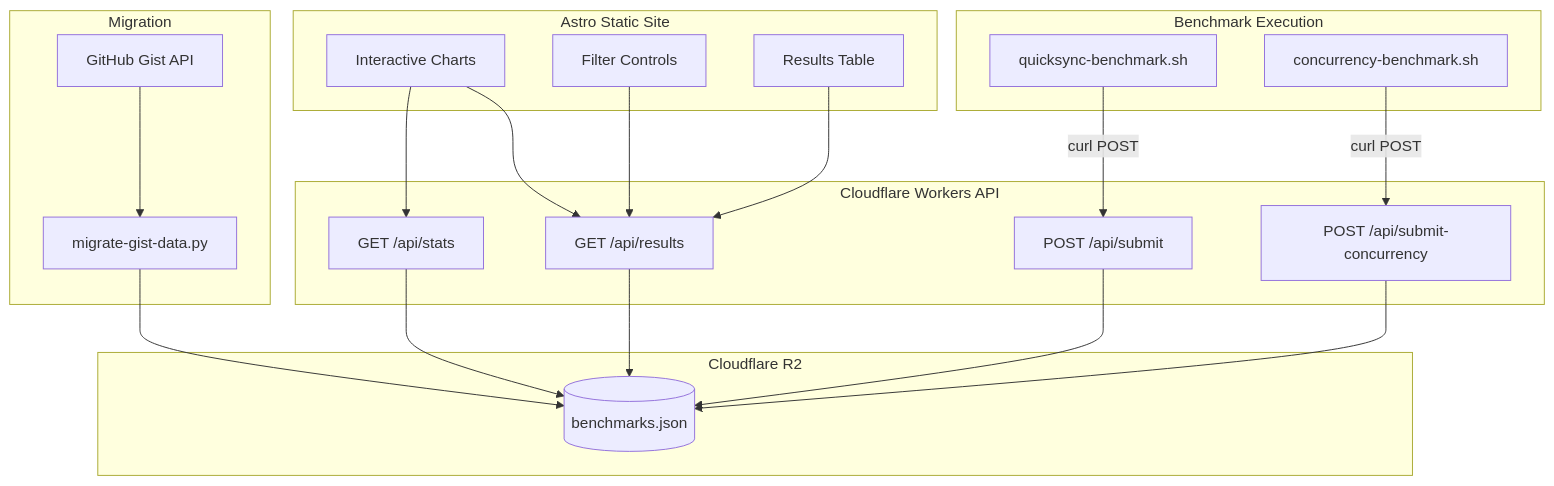
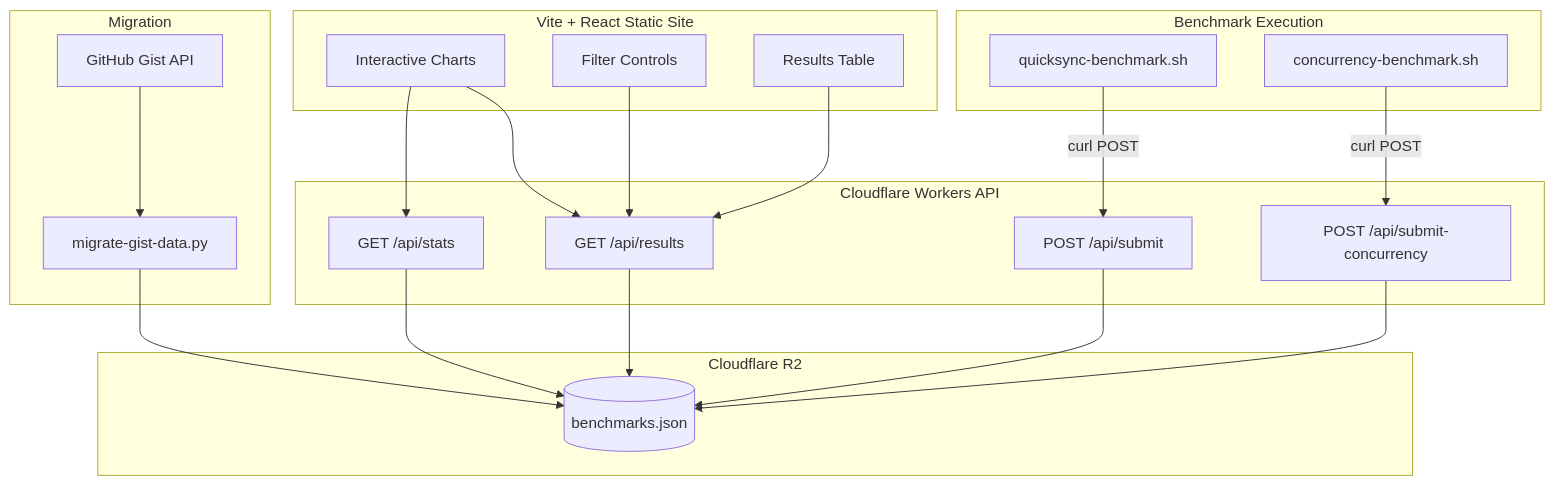
The second of 7 diagrams in CLAUDE.md (ironicbadger/quicksync_calc), drawn with Mermaid before and after one commit. The commit also changed other lines of this file and 60 other files, not shown here.

Commit message:
Replace Astro web with Vite + React (#45)

````diff
--- a/CLAUDE.md
+++ b/CLAUDE.md
@@ -47,43 +47,43 @@
 ```mermaid
 flowchart TB
     subgraph Benchmark["Benchmark Execution"]
         A[quicksync-benchmark.sh]
         B[concurrency-benchmark.sh]
     end
 
     subgraph API["Cloudflare Workers API"]
         C[POST /api/submit]
         D[POST /api/submit-concurrency]
         E[GET /api/results]
         F[GET /api/stats]
     end
 
     subgraph Storage["Cloudflare R2"]
         G[(benchmarks.json)]
     end
 
-    subgraph Website["Astro Static Site"]
+    subgraph Website["Vite + React Static Site"]
         J[Interactive Charts]
         K[Filter Controls]
         L[Results Table]
     end
 
     subgraph Migration
         M[migrate-gist-data.py]
         N[GitHub Gist API]
     end
 
     A -->|curl POST| C
     B -->|curl POST| D
     C --> G
     D --> G
     E --> G
     F --> G
 
     J --> E
     J --> F
     K --> E
     L --> E
 
     N --> M --> G
 ```
````
